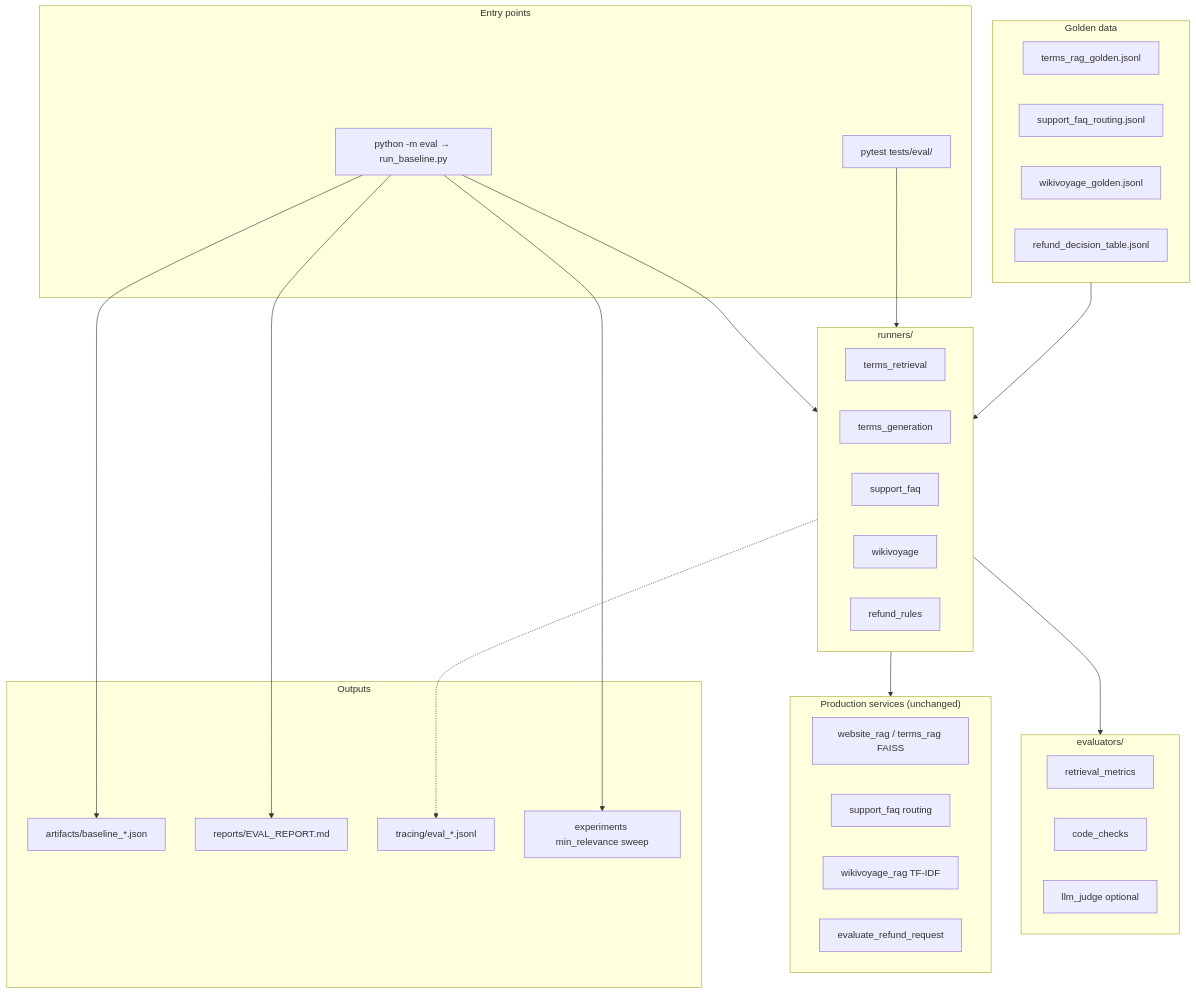
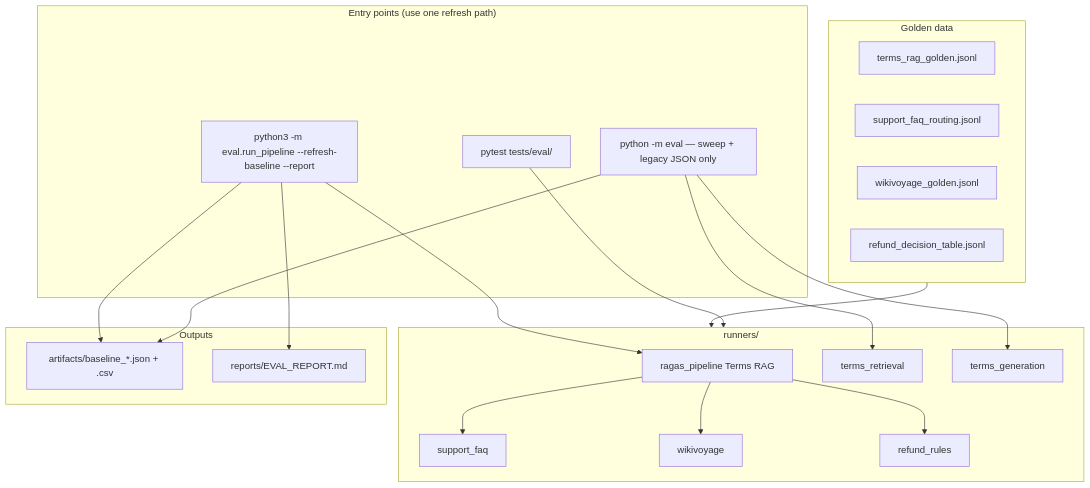
The diagram in eval/reports/EVAL_REPORT.md (guptaastha1427/Trip-Planner), drawn with Mermaid before and after one commit. The commit also changed other lines of this file and 46 other files, not shown here.

````diff
--- a/eval/reports/EVAL_REPORT.md
+++ b/eval/reports/EVAL_REPORT.md
@@ -15,52 +16,41 @@
 ```mermaid
 flowchart TB
   subgraph datasets["Golden data"]
     D1[terms_rag_golden.jsonl]
     D2[support_faq_routing.jsonl]
     D3[wikivoyage_golden.jsonl]
     D4[refund_decision_table.jsonl]
   end
 
-  subgraph entry["Entry points"]
+  subgraph entry["Entry points (use one refresh path)"]
     PY[pytest tests/eval/]
-    MOD[python -m eval → run_baseline.py]
+    PL[python3 -m eval.run_pipeline --refresh-baseline --report]
+    LEG[python -m eval — sweep + legacy JSON only]
   end
 
   subgraph runners["runners/"]
+    RP[ragas_pipeline Terms RAG]
     TR[terms_retrieval]
     TG[terms_generation]
     SF[support_faq]
     WV[wikivoyage]
     RF[refund_rules]
   end
 
-  subgraph evaluators["evaluators/"]
-    RM[retrieval_metrics]
-    CC[code_checks]
-    LJ[llm_judge optional]
-  end
-
-  subgraph prod["Production services (unchanged)"]
-    WR[website_rag / terms_rag FAISS]
-    SUP[support_faq routing]
-    WVR[wikivoyage_rag TF-IDF]
-    REF[evaluate_refund_request]
-  end
-
   subgraph out["Outputs"]
-    ART[artifacts/baseline_*.json]
+    ART[artifacts/baseline_*.json + .csv]
     RPT[reports/EVAL_REPORT.md]
-    TRA[tracing/eval_*.jsonl]
-    SWP[experiments min_relevance sweep]
   end
 
   datasets --> runners
   PY --> runners
-  MOD --> runners
-  runners --> evaluators
-  runners --> prod
-  MOD --> SWP
-  MOD --> ART
-  MOD --> RPT
-  runners -.-> TRA
+  PL --> RP
+  PL --> ART
+  PL --> RPT
+  LEG --> TR
+  LEG --> TG
+  LEG --> ART
+  RP --> SF
+  RP --> WV
+  RP --> RF
 ```
````
